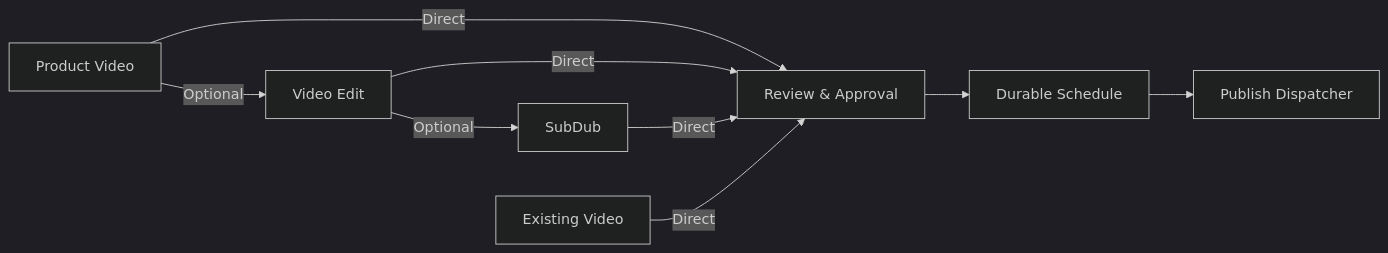
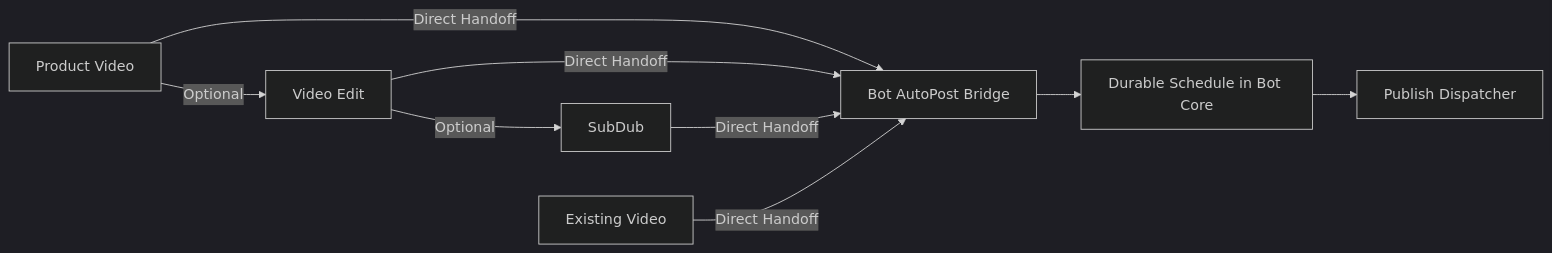
The diagram in docs/audit/WEBAPP_V3_PRODUCT_OPERATING_MODEL.md (manhtoangreensky-wq/toan-aas-standalone), drawn with Mermaid (dark theme) before and after one commit. The commit also changed other lines of this file and 6 other files, not shown here.

Commit message:
docs(audit): align autopost single authority with bot core and repurpose web tasks

````diff
--- a/docs/audit/WEBAPP_V3_PRODUCT_OPERATING_MODEL.md
+++ b/docs/audit/WEBAPP_V3_PRODUCT_OPERATING_MODEL.md
@@ -170,11 +248,11 @@
 ```mermaid
 flowchart LR
     A[Product Video] -->|Optional| B[Video Edit]
     B -->|Optional| C[SubDub]
-    A -->|Direct| D[Review & Approval]
-    B -->|Direct| D
-    C -->|Direct| D
-    E[Existing Video] -->|Direct| D
-    D --> F[Durable Schedule]
+    A -->|Direct Handoff| D[Bot AutoPost Bridge]
+    B -->|Direct Handoff| D
+    C -->|Direct Handoff| D
+    E[Existing Video] -->|Direct Handoff| D
+    D --> F[Durable Schedule in Bot Core]
     F --> G[Publish Dispatcher]
 ```
````
